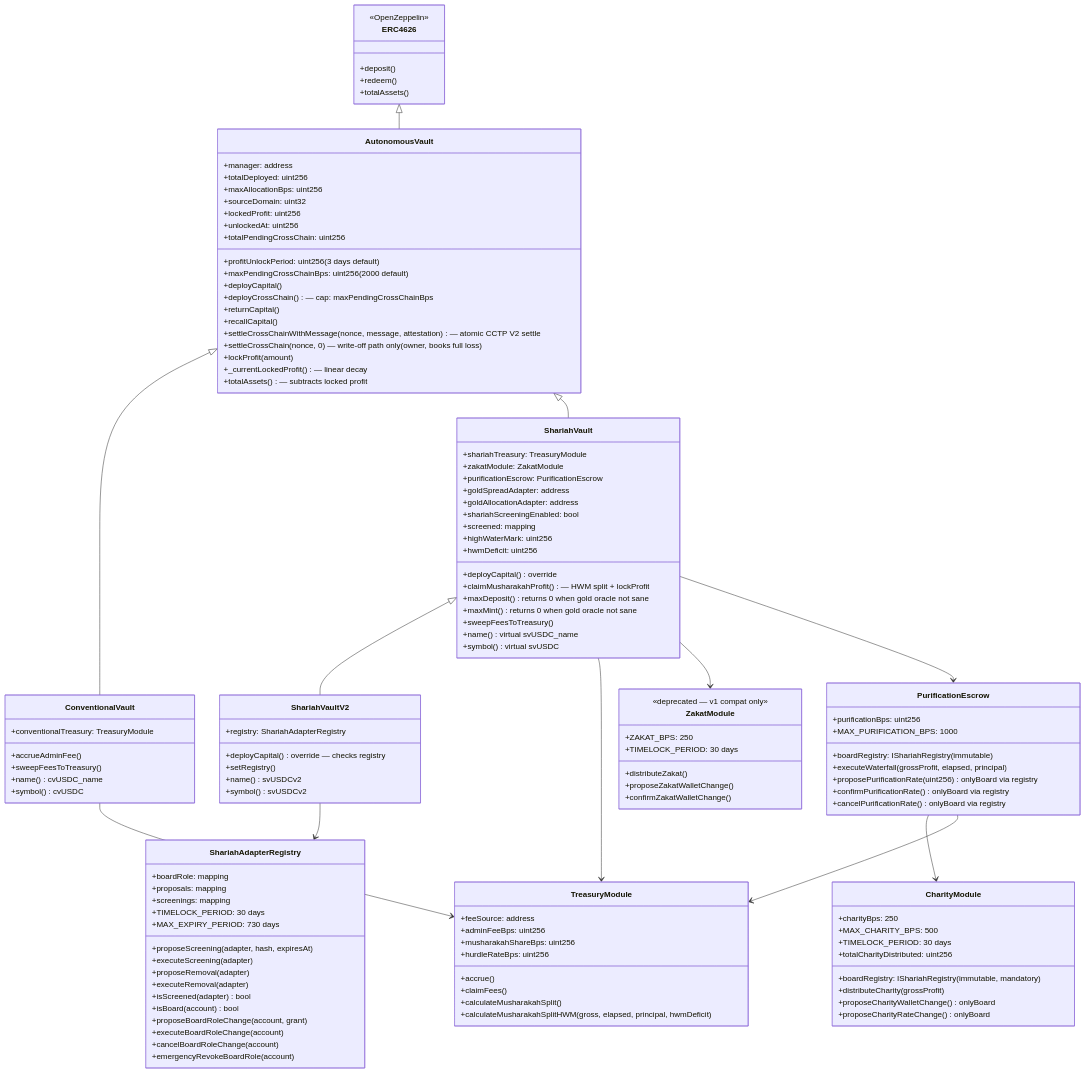
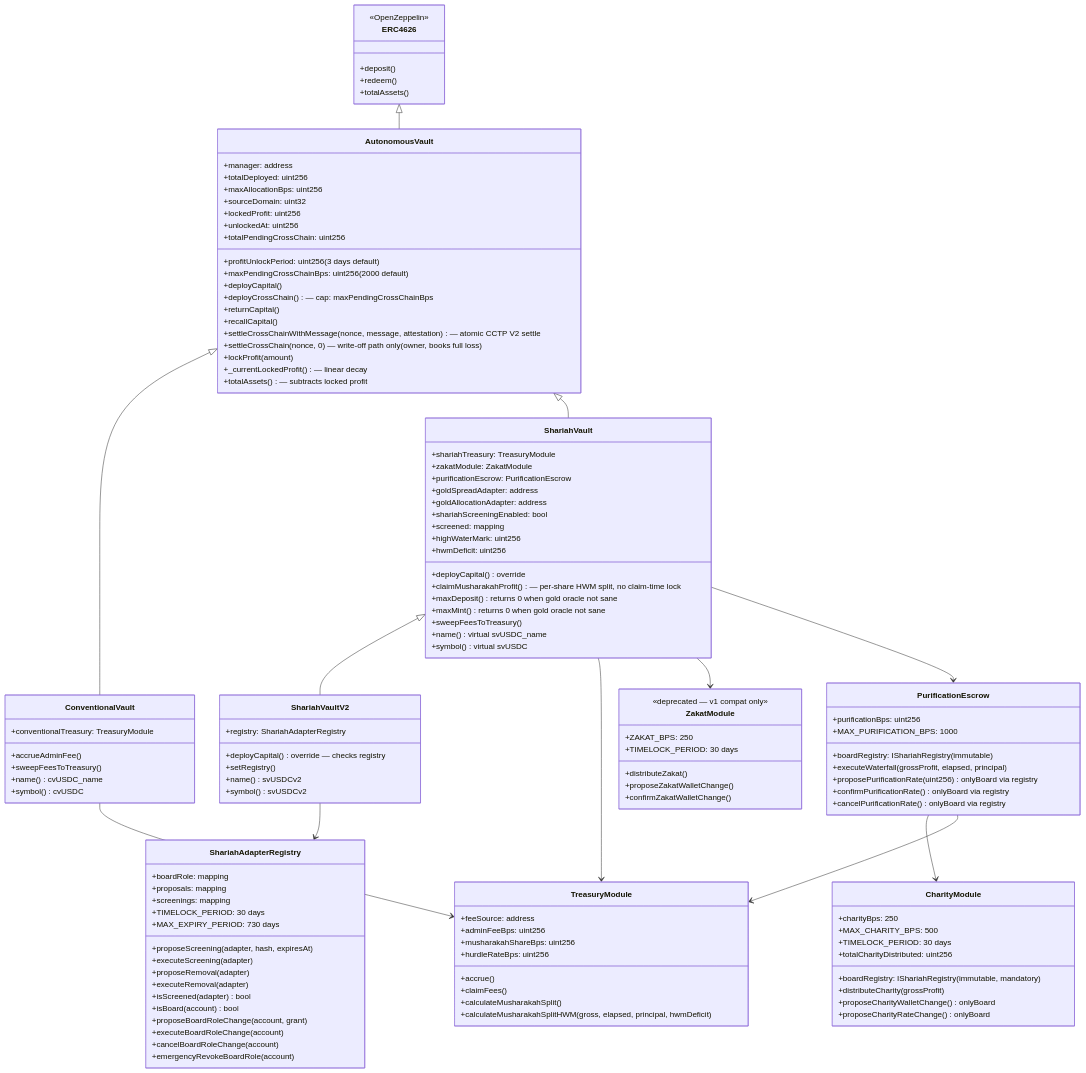
The second of 10 diagrams in README.md (0xhaz/DefiVault-Finance), drawn with Mermaid before and after one commit. The commit also changed other lines of this file and 8 other files, not shown here.

```diff
--- a/README.md
+++ b/README.md
@@ -187,7 +189,7 @@
         +highWaterMark: uint256
         +hwmDeficit: uint256
         +deployCapital() override
-        +claimMusharakahProfit() — HWM split + lockProfit
+        +claimMusharakahProfit() — per-share HWM split, no claim-time lock
         +maxDeposit() returns 0 when gold oracle not sane
         +maxMint() returns 0 when gold oracle not sane
         +sweepFeesToTreasury()
```
